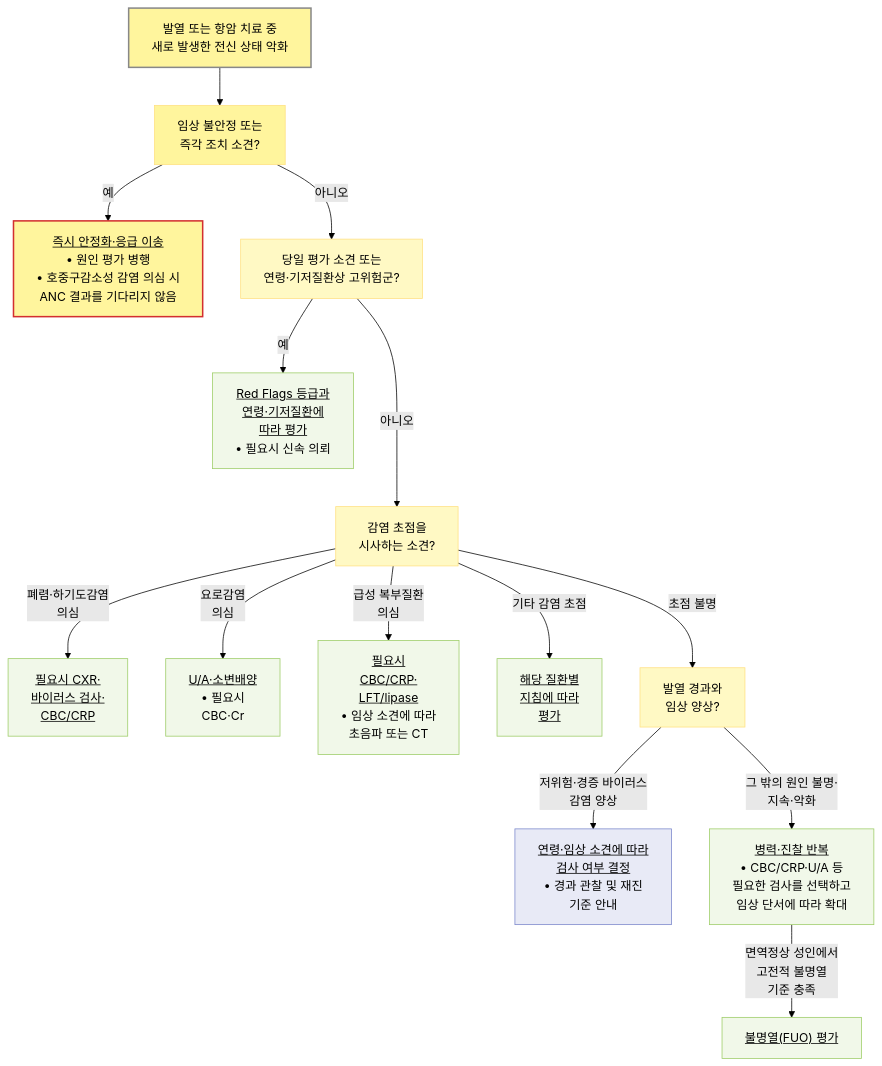
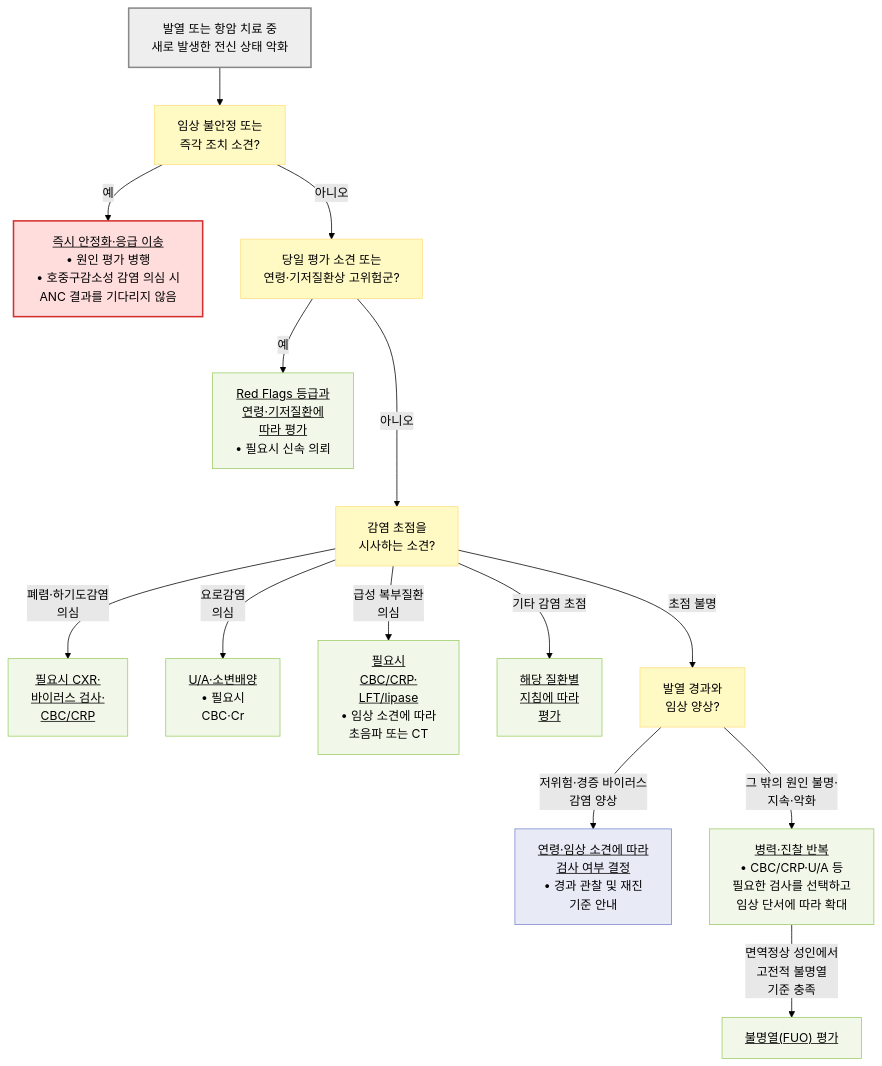
Before and after one commit to familyoh77/familyoh77: the first of 3 diagrams in 220_/011_-fever.md, drawn with Mermaid (forest theme). The commit also changed other lines of this file and 12 other files, not shown here.

````diff
--- a/220_/011_-fever.md
+++ b/220_/011_-fever.md
@@ -156,29 +156,26 @@
 ```mermaid
 flowchart TD
     A["발열 또는 항암 치료 중<br/>새로 발생한 전신 상태 악화"] --> B["임상 불안정 또는 <br/>즉각 조치 소견?"]
     B -- "예" --> C["<u>즉시 안정화·응급 이송</u><br/>• 원인 평가 병행<br/>• 호중구감소성 감염 의심 시<br/>ANC 결과를 기다리지 않음"]
     B -- "아니오" --> B2["당일 평가 소견 또는 <br/>연령·기저질환상 고위험군?"]
     B2 -- "예" --> C2["<u>Red Flags 등급과 <br/>연령·기저질환에 <br/>따라 평가</u><br/>• 필요시 신속 의뢰"]
     B2 -- "아니오" ---> D["감염 초점을 <br/>시사하는 소견?"]
     D -- "폐렴·하기도감염 <br/>의심" --> E["<u>필요시 CXR·<br/>바이러스 검사·<br/>CBC/CRP</u>"]
     D -- "요로감염 <br/>의심" --> F["<u>U/A·소변배양</u><br/>• 필요시 <br/>CBC·Cr"]
     D -- "급성 복부질환 <br/>의심" --> G["<u>필요시 <br/>CBC/CRP·<br/>LFT/lipase</u><br/>• 임상 소견에 따라 <br/>초음파 또는 CT"]
     D -- "기타 감염 초점" --> G2["<u>해당 질환별 <br/>지침에 따라 <br/>평가</u>"]
     D -- "초점 불명" --> H["발열 경과와 <br/>임상 양상?"]
     H -- "저위험·경증 바이러스 <br/>감염 양상" --> I["<u>연령·임상 소견에 따라<br/>검사 여부 결정</u><br/>• 경과 관찰 및 재진 <br/>기준 안내"]
     H -- "그 밖의 원인 불명·<br/>지속·악화" --> J["<u>병력·진찰 반복</u><br/>• CBC/CRP·U/A 등 <br/>필요한 검사를 선택하고 <br/>임상 단서에 따라 확대"]
     J -- "면역정상 성인에서 <br/>고전적 불명열 <br/>기준 충족" --> K["<u>불명열(FUO) 평가</u>"]
     classDef start fill:#eeeeee,stroke:#888888,stroke-width:2px
     classDef question fill:#fff9c4,stroke:#ffe082
     classDef emergency fill:#ffdddd,stroke:#d32f2f,stroke-width:2px
     classDef evaluation fill:#f1f8e9,stroke:#9ccc65
     classDef followup fill:#e8eaf6,stroke:#7986cb
     class A start
     class B,B2,D,H question
     class C emergency
     class C2,E,F,G,G2,J,K evaluation
     class I followup
-    style A fill:#fff59d
-    style B fill:#fff59d
-    style C fill:#fff59d
 ```
````
